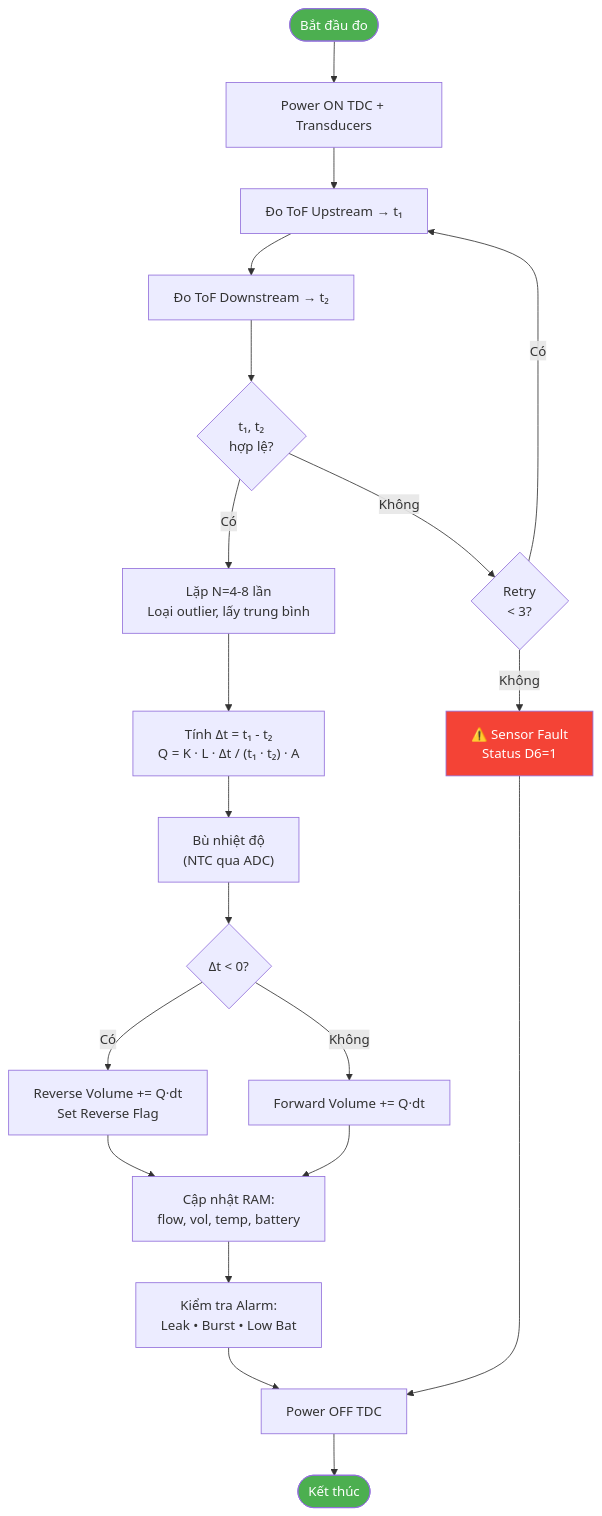
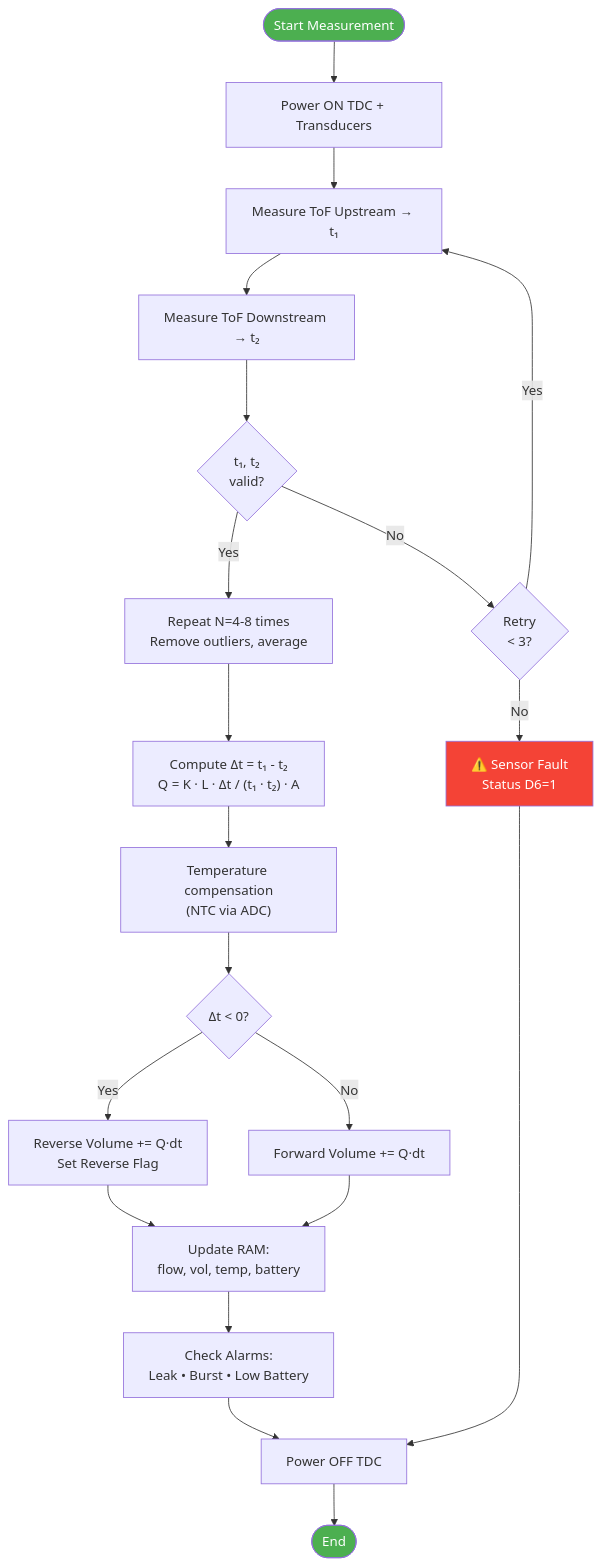
The fourth of 8 diagrams in documentation/DUT/Firmware_Flowchart_BlockDiagram.md (tuantran0707/WM), drawn with Mermaid before and after one commit. The commit also changed other lines of this file, not shown here.

````diff
--- a/documentation/DUT/Firmware_Flowchart_BlockDiagram.md
+++ b/documentation/DUT/Firmware_Flowchart_BlockDiagram.md
@@ -137,27 +147,27 @@
 ```mermaid
 flowchart TD
-    A([Bắt đầu đo]) --> B["Power ON TDC + Transducers"]
-    B --> C["Đo ToF Upstream → t₁"]
-    C --> D["Đo ToF Downstream → t₂"]
-    D --> E{t₁, t₂<br/>hợp lệ?}
-    E -- Không --> F{Retry<br/>< 3?}
-    F -- Có --> C
-    F -- Không --> FAIL["⚠️ Sensor Fault<br/>Status D6=1"]
+    A([Start Measurement]) --> B["Power ON TDC + Transducers"]
+    B --> C["Measure ToF Upstream → t₁"]
+    C --> D["Measure ToF Downstream → t₂"]
+    D --> E{t₁, t₂<br/>valid?}
+    E -- No --> F{Retry<br/>< 3?}
+    F -- Yes --> C
+    F -- No --> FAIL["⚠️ Sensor Fault<br/>Status D6=1"]
 
-    E -- Có --> G["Lặp N=4-8 lần<br/>Loại outlier, lấy trung bình"]
-    G --> H["Tính Δt = t₁ - t₂<br/>Q = K · L · Δt / (t₁ · t₂) · A"]
-    H --> I["Bù nhiệt độ<br/>(NTC qua ADC)"]
+    E -- Yes --> G["Repeat N=4-8 times<br/>Remove outliers, average"]
+    G --> H["Compute Δt = t₁ - t₂<br/>Q = K · L · Δt / (t₁ · t₂) · A"]
+    H --> I["Temperature compensation<br/>(NTC via ADC)"]
     I --> J{Δt < 0?}
-    J -- Có --> K["Reverse Volume += Q·dt<br/>Set Reverse Flag"]
-    J -- Không --> L["Forward Volume += Q·dt"]
-    K --> M["Cập nhật RAM:<br/>flow, vol, temp, battery"]
+    J -- Yes --> K["Reverse Volume += Q·dt<br/>Set Reverse Flag"]
+    J -- No --> L["Forward Volume += Q·dt"]
+    K --> M["Update RAM:<br/>flow, vol, temp, battery"]
     L --> M
-    M --> N["Kiểm tra Alarm:<br/>Leak • Burst • Low Bat"]
+    M --> N["Check Alarms:<br/>Leak • Burst • Low Battery"]
     N --> O["Power OFF TDC"]
     FAIL --> O
-    O --> END([Kết thúc])
+    O --> END([End])
 
     style A fill:#4CAF50,color:#fff
     style END fill:#4CAF50,color:#fff
     style FAIL fill:#f44336,color:#fff
 ```
````
